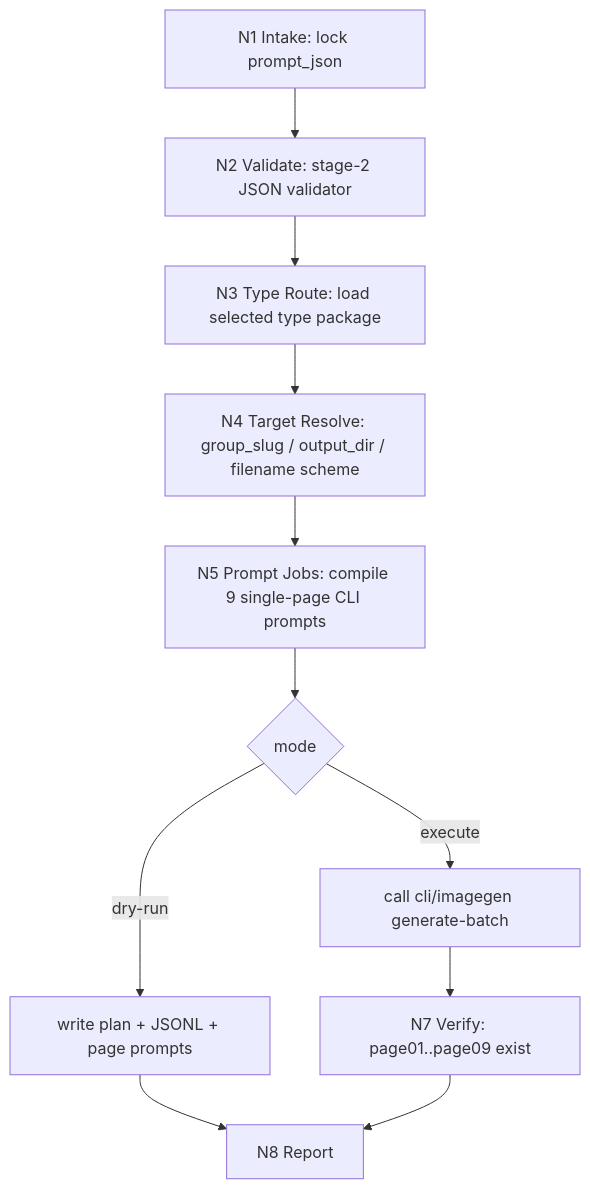
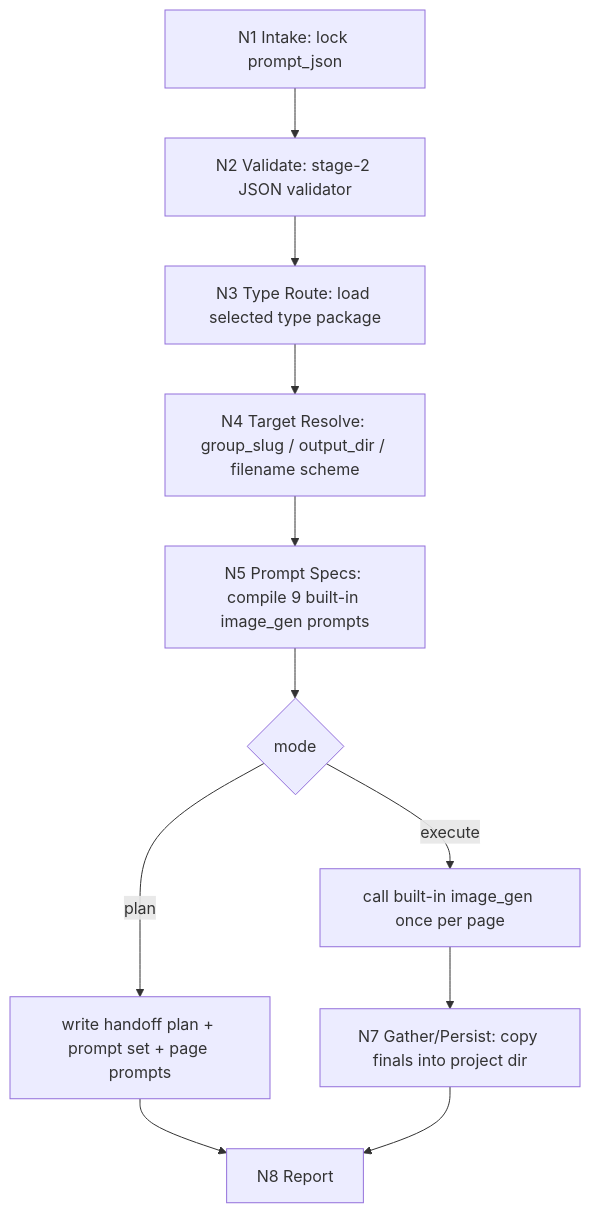
Before and after one commit to ZEN-VOID/AI-CUT: the diagram in .agents/skills/comic/3-漫画生成/SKILL.md, drawn with Mermaid. The commit also changed other lines of this file and 1012 other files, not shown here.

````diff
--- a/.agents/skills/comic/3-漫画生成/SKILL.md
+++ b/.agents/skills/comic/3-漫画生成/SKILL.md
@@ -68,13 +70,13 @@
 ```mermaid
 flowchart TD
     A["N1 Intake: lock prompt_json"] --> B["N2 Validate: stage-2 JSON validator"]
     B --> C["N3 Type Route: load selected type package"]
     C --> D["N4 Target Resolve: group_slug / output_dir / filename scheme"]
-    D --> E["N5 Prompt Jobs: compile 9 single-page CLI prompts"]
+    D --> E["N5 Prompt Specs: compile 9 built-in image_gen prompts"]
     E --> F{"mode"}
-    F -->|"dry-run"| G["write plan + JSONL + page prompts"]
-    F -->|"execute"| H["call cli/imagegen generate-batch"]
-    H --> I["N7 Verify: page01..page09 exist"]
+    F -->|"plan"| G["write handoff plan + prompt set + page prompts"]
+    F -->|"execute"| H["call built-in image_gen once per page"]
+    H --> I["N7 Gather/Persist: copy finals into project dir"]
     G --> J["N8 Report"]
     I --> J
 ```
````
